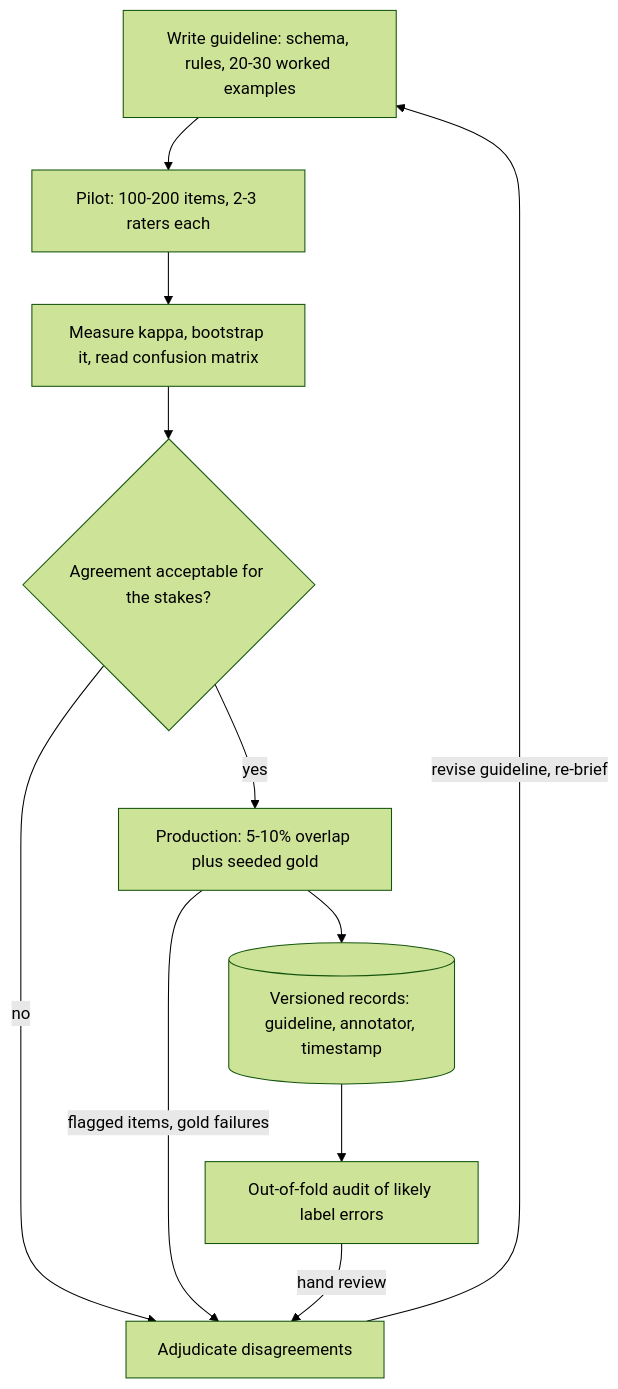
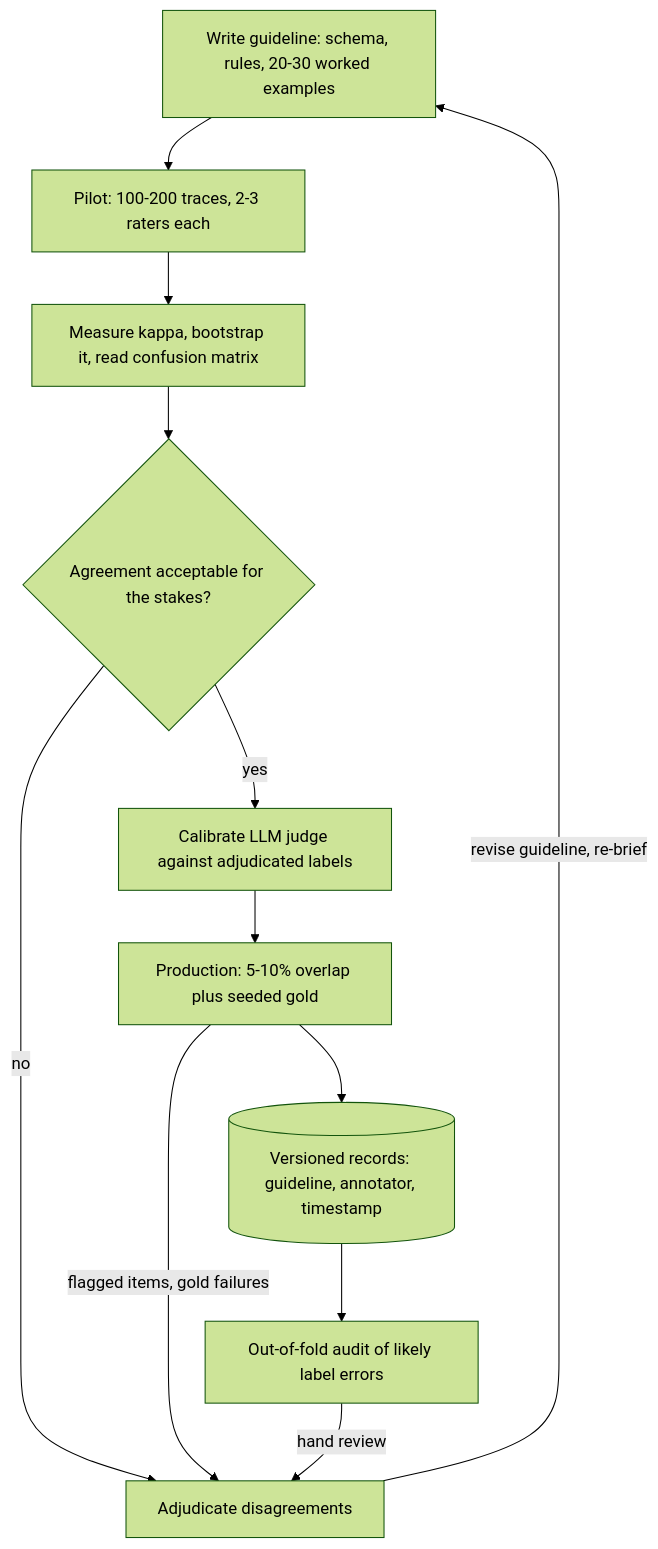
One commit to lovishmahajan97/agentic-learning changed the diagram in content/training-adaptation/data-labeling.md. Above: the diagram before and after it, drawn with Mermaid (forest theme). The commit also changed other lines of this file and 266 other files, not shown here.

````diff
--- a/content/training-adaptation/data-labeling.md
+++ b/content/training-adaptation/data-labeling.md
@@ -136,13 +161,14 @@
 ```mermaid
 flowchart TD
-    G["Write guideline: schema, rules, 20-30 worked examples"] --> P["Pilot: 100-200 items, 2-3 raters each"]
+    G["Write guideline: schema, rules, 20-30 worked examples"] --> P["Pilot: 100-200 traces, 2-3 raters each"]
     P --> K["Measure kappa, bootstrap it, read confusion matrix"]
     K --> Q{"Agreement acceptable for the stakes?"}
     Q -->|"no"| A["Adjudicate disagreements"]
     A -->|"revise guideline, re-brief"| G
-    Q -->|"yes"| PR["Production: 5-10% overlap plus seeded gold"]
+    Q -->|"yes"| J["Calibrate LLM judge against adjudicated labels"]
+    J --> PR["Production: 5-10% overlap plus seeded gold"]
     PR --> V[("Versioned records: guideline, annotator, timestamp")]
     PR -->|"flagged items, gold failures"| A
     V --> AU["Out-of-fold audit of likely label errors"]
     AU -->|"hand review"| A
 ```
````
